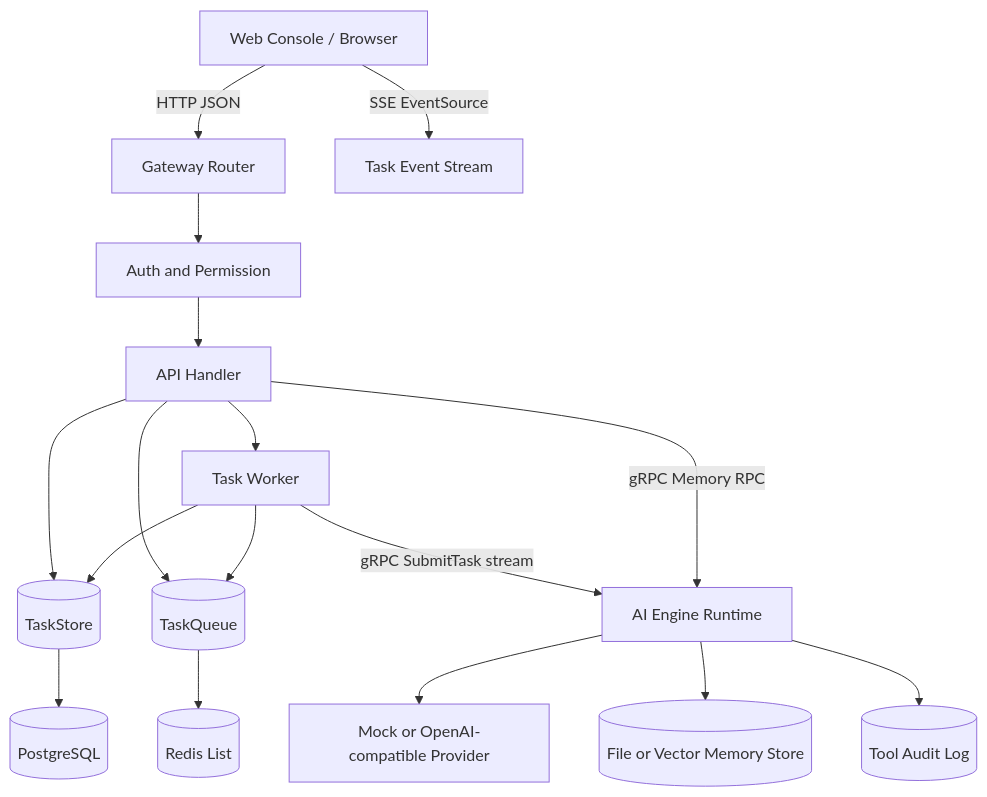
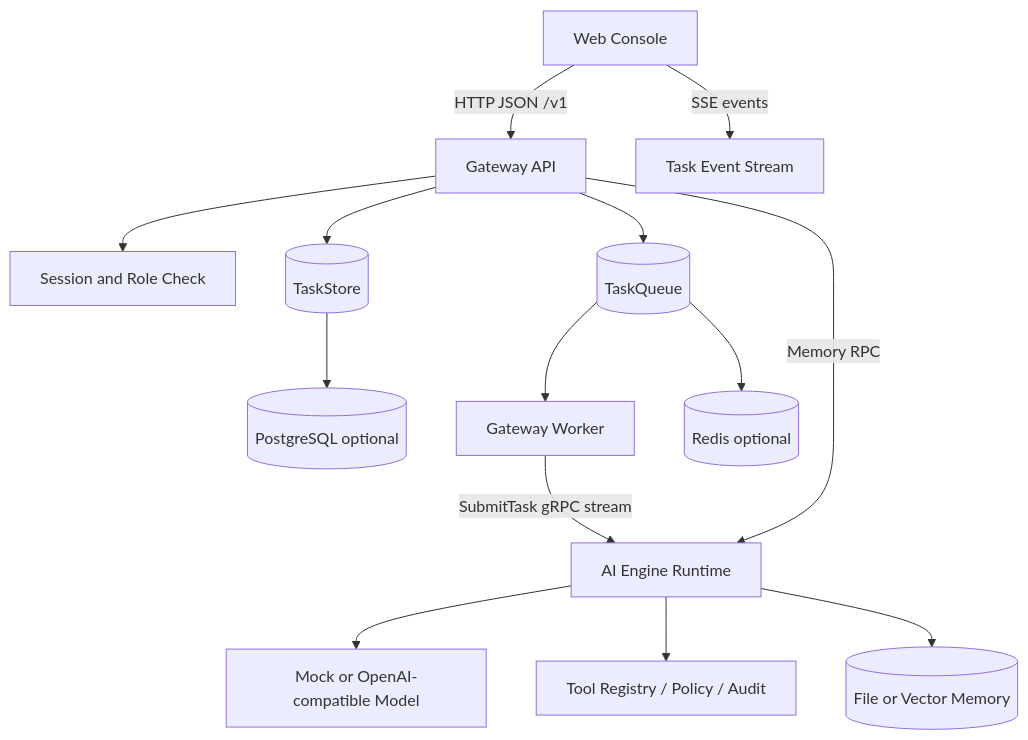
Before and after one commit to SymphonyW/Synapse: the first of 2 diagrams in README.md, drawn with Mermaid. The commit also changed other lines of this file and 7 other files, not shown here.

Commit message:
docs: 更新文档路径并添加项目图标

````diff
--- a/README.md
+++ b/README.md
@@ -112,19 +147,16 @@
 ```mermaid
 flowchart TD
-    Browser[Web Console / Browser] -->|HTTP JSON| Router[Gateway Router]
-    Browser -->|SSE EventSource| SSE[Task Event Stream]
-    Router --> Auth[Auth and Permission]
-    Auth --> Handler[API Handler]
-    Handler --> Store[(TaskStore)]
-    Handler --> Queue[(TaskQueue)]
-    Handler --> Worker[Task Worker]
-    Worker --> Queue
-    Worker --> Store
-    Worker -->|gRPC SubmitTask stream| AI[AI Engine Runtime]
-    Handler -->|gRPC Memory RPC| AI
-    AI --> Model[Mock or OpenAI-compatible Provider]
-    AI --> Memory[(File or Vector Memory Store)]
-    AI --> Audit[(Tool Audit Log)]
-    Store --> Postgres[(PostgreSQL)]
-    Queue --> Redis[(Redis List)]
+    Web[Web Console] -->|HTTP JSON /v1| Gateway[Gateway API]
+    Web -->|SSE events| Stream[Task Event Stream]
+    Gateway --> Auth[Session and Role Check]
+    Gateway --> Store[(TaskStore)]
+    Gateway --> Queue[(TaskQueue)]
+    Queue --> Worker[Gateway Worker]
+    Worker -->|SubmitTask gRPC stream| AI[AI Engine Runtime]
+    Gateway -->|Memory RPC| AI
+    AI --> Model[Mock or OpenAI-compatible Model]
+    AI --> Tools[Tool Registry / Policy / Audit]
+    AI --> Memory[(File or Vector Memory)]
+    Store --> Postgres[(PostgreSQL optional)]
+    Queue --> Redis[(Redis optional)]
 ```
````
